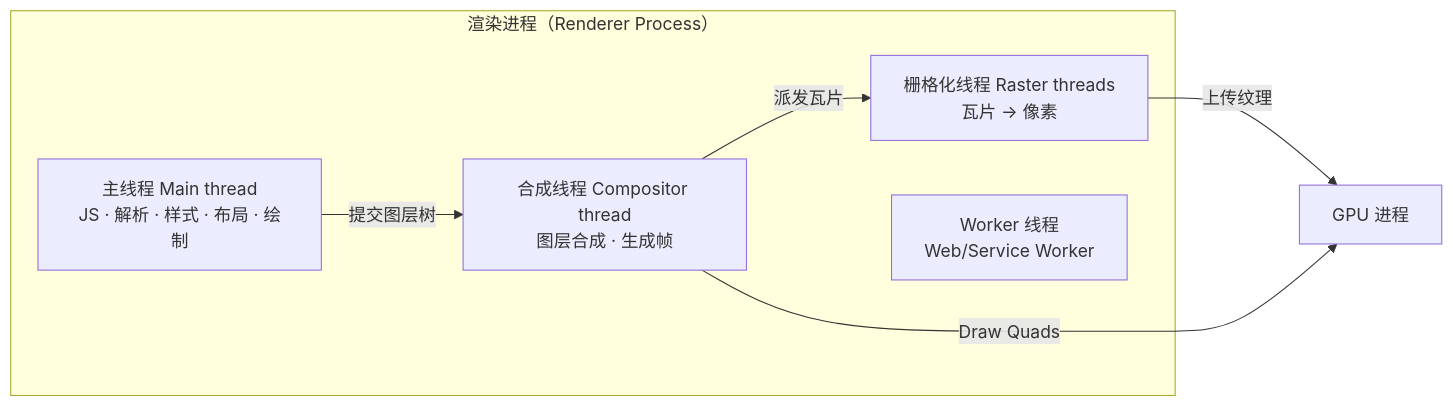
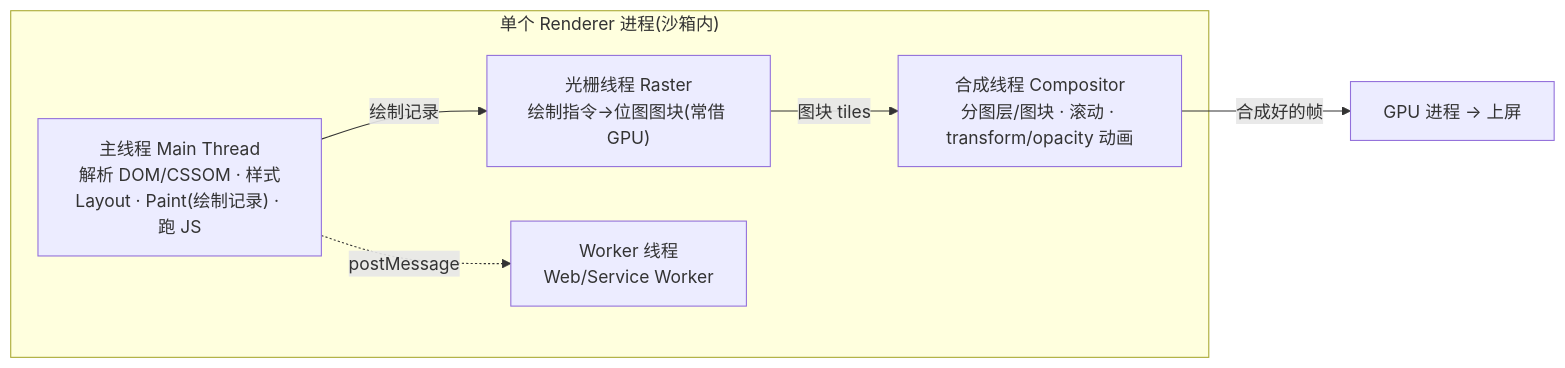
The second of 3 diagrams in 18-browser-principles/01-browser-architecture/README.md (boyley/frontend-learning), drawn with Mermaid before and after one commit. The commit also changed other lines of this file and 101 other files, not shown here.

````diff
--- a/18-browser-principles/01-browser-architecture/README.md
+++ b/18-browser-principles/01-browser-architecture/README.md
@@ -62,13 +99,13 @@
 ```mermaid
-flowchart LR
-    subgraph Renderer["渲染进程（Renderer Process）"]
-        MT["主线程 Main thread<br/>JS · 解析 · 样式 · 布局 · 绘制"]
-        CT["合成线程 Compositor thread<br/>图层合成 · 生成帧"]
-        RT["栅格化线程 Raster threads<br/>瓦片 → 像素"]
-        WT["Worker 线程<br/>Web/Service Worker"]
+graph LR
+    subgraph Renderer["单个 Renderer 进程(沙箱内)"]
+        MT["主线程 Main Thread<br/>解析 DOM/CSSOM · 样式<br/>Layout · Paint(绘制记录) · 跑 JS"]
+        CT["合成线程 Compositor<br/>分图层/图块 · 滚动 · transform/opacity 动画"]
+        RT["光栅线程 Raster<br/>绘制指令→位图图块(常借 GPU)"]
+        WK["Worker 线程<br/>Web/Service Worker"]
     end
-    MT -->|提交图层树| CT
-    CT -->|派发瓦片| RT
-    RT -->|上传纹理| GPU["GPU 进程"]
-    CT -->|Draw Quads| GPU
+    MT -->|绘制记录| RT
+    RT -->|图块 tiles| CT
+    CT -->|合成好的帧| GPU["GPU 进程 → 上屏"]
+    MT -. postMessage .-> WK
 ```
````
